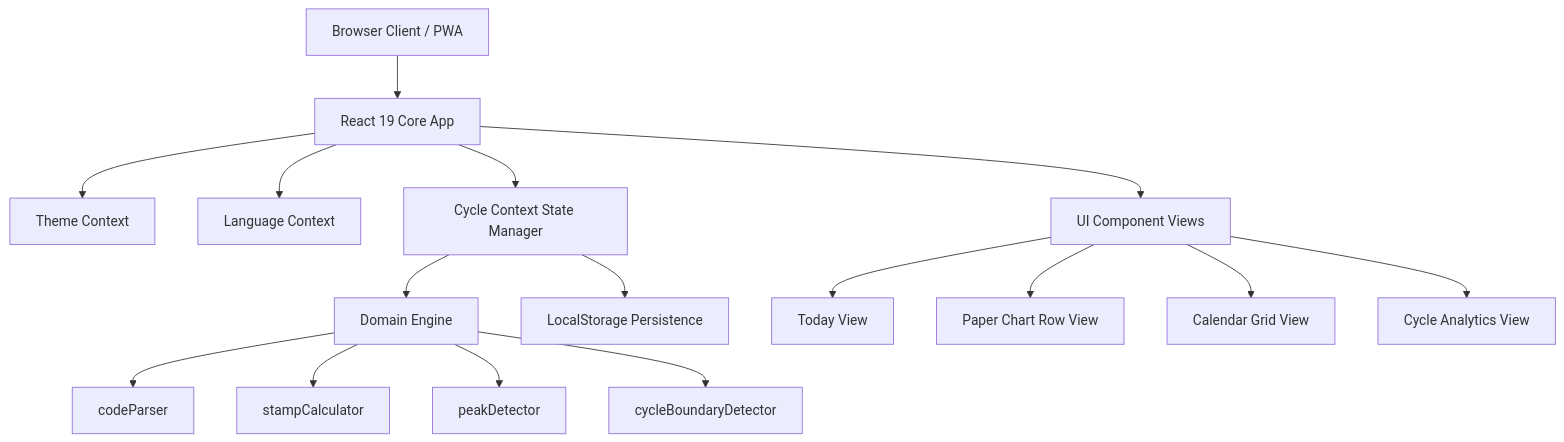
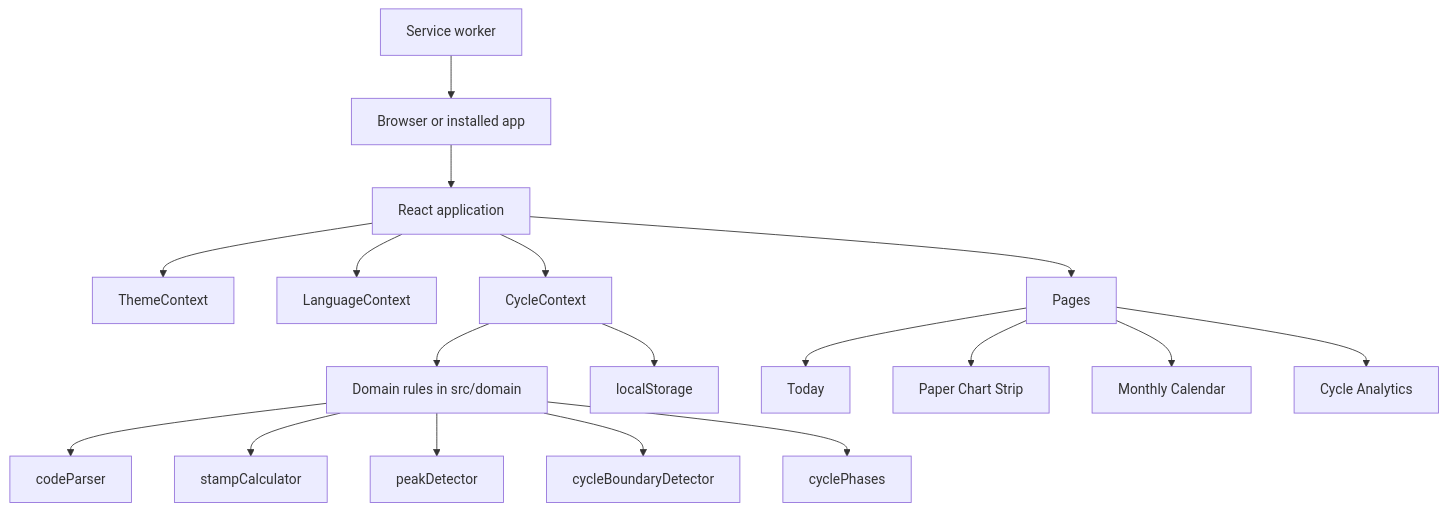
The first of 2 diagrams in SPEC.md (gsuquet/fertility-tracker), drawn with Mermaid before and after one commit. The commit also changed other lines of this file and 22 other files, not shown here.

````diff
--- a/SPEC.md
+++ b/SPEC.md
@@ -68,18 +72,20 @@
 ```mermaid
 graph TD
-    A[Browser Client / PWA] --> B[React 19 Core App]
-    B --> C[Theme Context]
-    B --> D[Language Context]
-    B --> E[Cycle Context State Manager]
-    E --> F[Domain Engine]
+    A[Browser or installed app] --> B[React application]
+    B --> C[ThemeContext]
+    B --> D[LanguageContext]
+    B --> E[CycleContext]
+    E --> F[Domain rules in src/domain]
     F --> F1[codeParser]
     F --> F2[stampCalculator]
     F --> F3[peakDetector]
     F --> F4[cycleBoundaryDetector]
-    E --> G[LocalStorage Persistence]
-    B --> H[UI Component Views]
-    H --> H1[Today View]
-    H --> H2[Paper Chart Row View]
-    H --> H3[Calendar Grid View]
-    H --> H4[Cycle Analytics View]
+    F --> F5[cyclePhases]
+    E --> G[localStorage]
+    B --> H[Pages]
+    H --> H1[Today]
+    H --> H2[Paper Chart Strip]
+    H --> H3[Monthly Calendar]
+    H --> H4[Cycle Analytics]
+    I[Service worker] --> A
 ```
````
